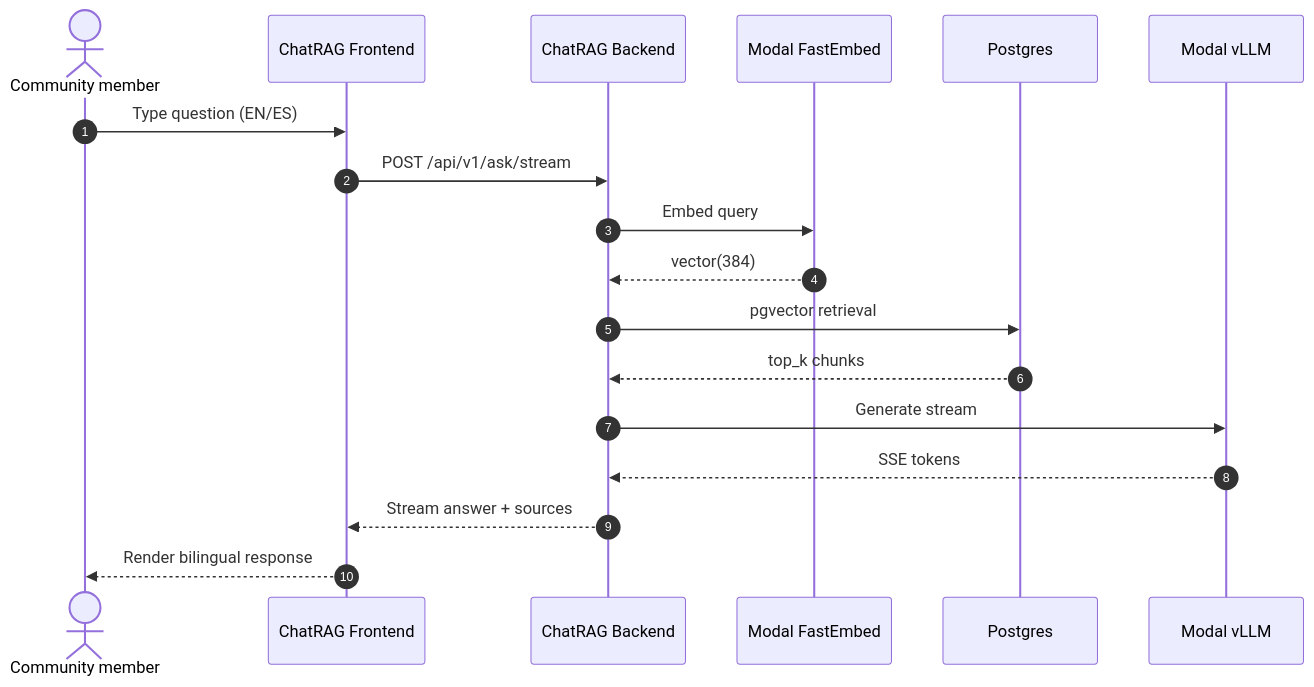
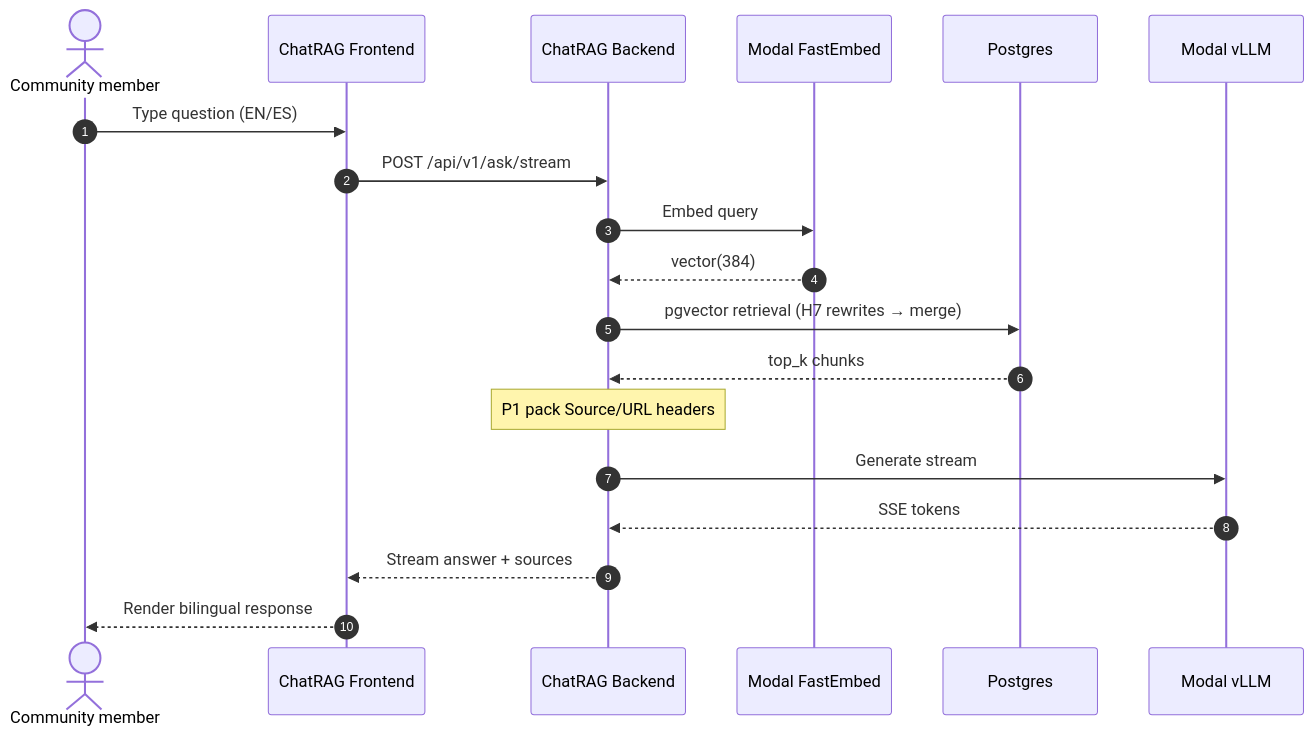
One commit to Math-Data-Justice-Collaborative/vecinita changed the second of 4 diagrams in docs/user-journeys.md. Above: the diagram before and after it, drawn with Mermaid. The commit also changed other lines of this file and 74 other files, not shown here.

````diff
--- a/docs/user-journeys.md
+++ b/docs/user-journeys.md
@@ -105,21 +107,22 @@
 ```mermaid
 sequenceDiagram
     autonumber
     actor CM as Community member
     participant CF as ChatRAG Frontend
     participant CB as ChatRAG Backend
     participant FE as Modal FastEmbed
     participant PG as Postgres
     participant LLM as Modal vLLM
 
     CM->>CF: Type question (EN/ES)
     CF->>CB: POST /api/v1/ask/stream
     CB->>FE: Embed query
     FE-->>CB: vector(384)
-    CB->>PG: pgvector retrieval
+    CB->>PG: pgvector retrieval (H7 rewrites → merge)
     PG-->>CB: top_k chunks
+    Note over CB: P1 pack Source/URL headers
     CB->>LLM: Generate stream
     LLM-->>CB: SSE tokens
     CB-->>CF: Stream answer + sources
     CF-->>CM: Render bilingual response
 ```
````
